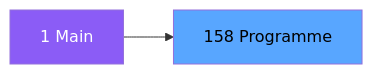
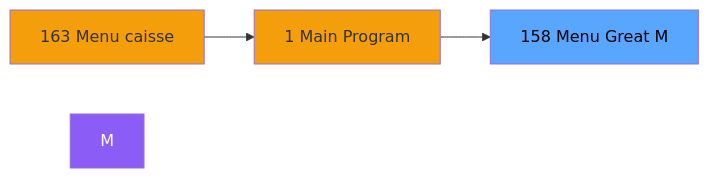
Before and after one commit to thonyAGP/magic-migration: the second of 3 diagrams in .openspec/specs/ADH-IDE-158.md, drawn with Mermaid. The commit also changed other lines of this file and 323 other files, not shown here.

````diff
--- a/.openspec/specs/ADH-IDE-158.md
+++ b/.openspec/specs/ADH-IDE-158.md
@@ -98,8 +114,12 @@
 ```mermaid
 graph LR
-    M[1 Main]
-    T[158 Programme]
-    M --> T
+    N163[163 Menu caisse ]
+    N1[1 Main Program]
+    T[158 Menu Great M]
+    N163 --> N1
+    N1 --> T
     style M fill:#8b5cf6,color:#fff
+    style N163 fill:#f59e0b
+    style N1 fill:#f59e0b
     style T fill:#58a6ff,color:#000
 ```
````
